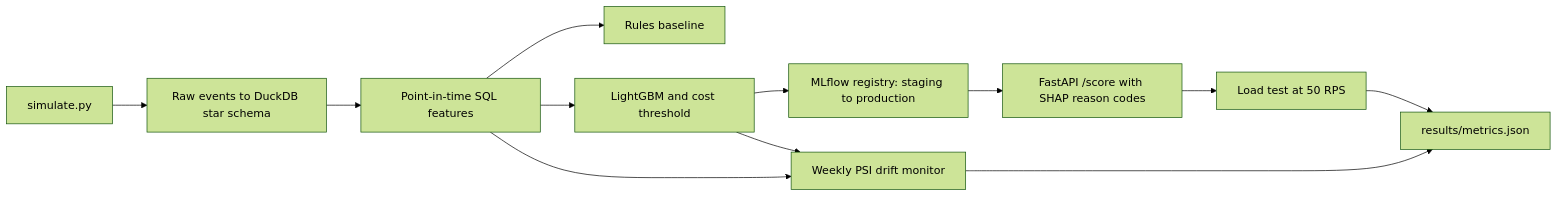
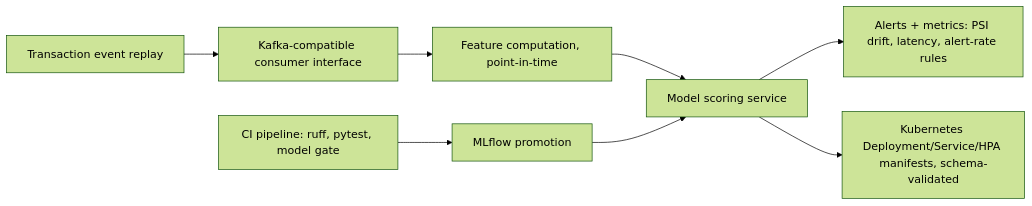
The diagram in README.md (sudhir-77/fraud-mlops-cicd), drawn with Mermaid (forest theme) before and after one commit. The commit also changed other lines of this file and 11 other files, not shown here.

First line of the commit message:
Run the stream, promotion gate, and manifest checks from the fraud scoring pipeline.

````diff
--- a/README.md
+++ b/README.md
@@ -32,14 +33,10 @@
 ```mermaid
 flowchart LR
-  A[simulate.py] --> B[Raw events to DuckDB star schema]
-  B --> C[Point-in-time SQL features]
-  C --> D[Rules baseline]
-  C --> E[LightGBM and cost threshold]
-  E --> F[MLflow registry: staging to production]
-  F --> G[FastAPI /score with SHAP reason codes]
-  G --> H[Load test at 50 RPS]
-  C --> I[Weekly PSI drift monitor]
-  E --> I
-  H --> J[results/metrics.json]
-  I --> J
+  A[Transaction event replay] --> B[Kafka-compatible consumer interface]
+  B --> C[Feature computation, point-in-time]
+  C --> D[Model scoring service]
+  D --> E[Alerts + metrics: PSI drift, latency, alert-rate rules]
+  F[CI pipeline: ruff, pytest, model gate] --> G[MLflow promotion]
+  G --> D
+  D --> H[Kubernetes Deployment/Service/HPA manifests, schema-validated]
 ```
````
